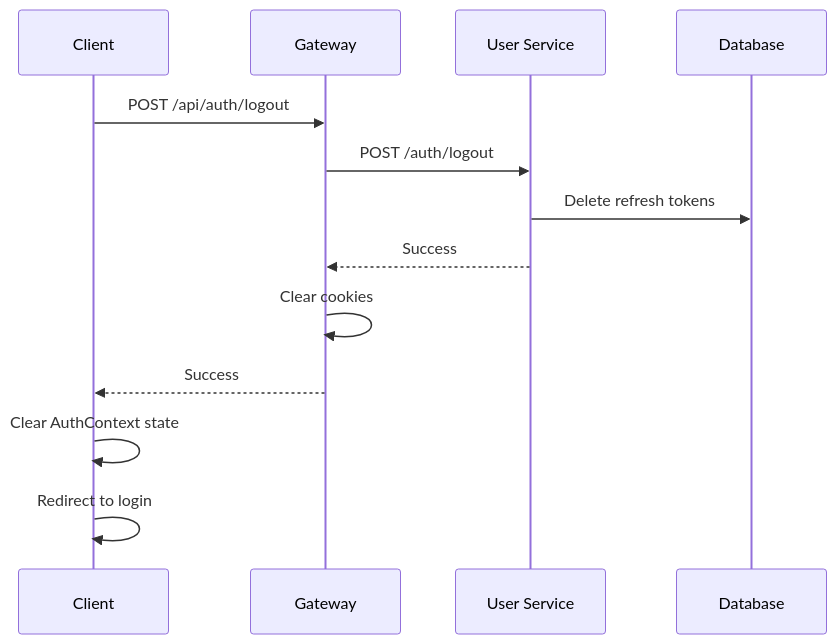
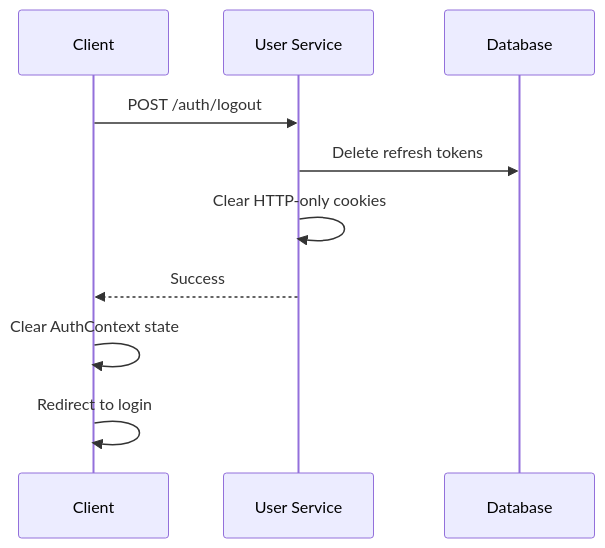
One commit to yaser-alazm/TMS changed the sixth of 6 diagrams in docs/AUTHENTICATION.md. Above: the diagram before and after it, drawn with Mermaid. The commit also changed other lines of this file and 1 other file, not shown here.

````diff
--- a/docs/AUTHENTICATION.md
+++ b/docs/AUTHENTICATION.md
@@ -349,16 +372,13 @@
 ```mermaid
 sequenceDiagram
     participant C as Client
-    participant G as Gateway
     participant U as User Service
     participant D as Database
 
-    C->>G: POST /api/auth/logout
-    G->>U: POST /auth/logout
+    C->>U: POST /auth/logout
     U->>D: Delete refresh tokens
-    U-->>G: Success
-    G->>G: Clear cookies
-    G-->>C: Success
+    U->>U: Clear HTTP-only cookies
+    U-->>C: Success
     C->>C: Clear AuthContext state
     C->>C: Redirect to login
 ```
````
